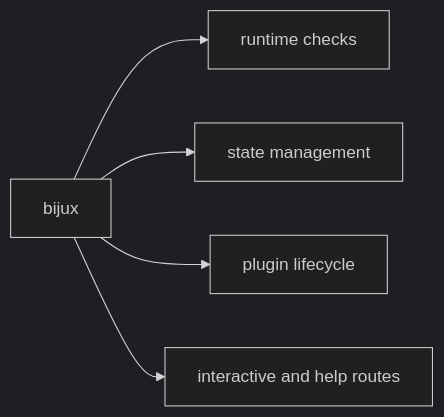
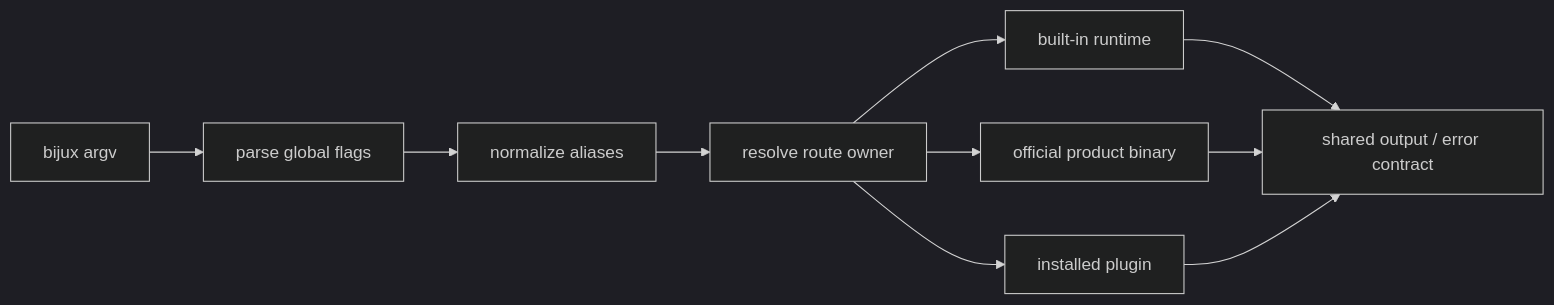
The diagram in docs/bijux-cli/interfaces/cli-surface.md (bijux/bijux-cli), drawn with Mermaid (dark theme) before and after one commit. The commit also changed other lines of this file, not shown here.

Commit message:
docs(cli): define route ownership and output discipline

````diff
--- a/docs/bijux-cli/interfaces/cli-surface.md
+++ b/docs/bijux-cli/interfaces/cli-surface.md
@@ -20,7 +20,12 @@
 ```mermaid
 flowchart LR
-    root["bijux"] --> runtime["runtime checks"]
-    root --> state["state management"]
-    root --> plugins["plugin lifecycle"]
-    root --> interaction["interactive and help routes"]
+    argv["bijux argv"] --> parser["parse global flags"]
+    parser --> normalize["normalize aliases"]
+    normalize --> registry["resolve route owner"]
+    registry --> builtins["built-in runtime"]
+    registry --> products["official product binary"]
+    registry --> plugins["installed plugin"]
+    builtins --> envelope["shared output / error contract"]
+    products --> envelope
+    plugins --> envelope
 ```
````
